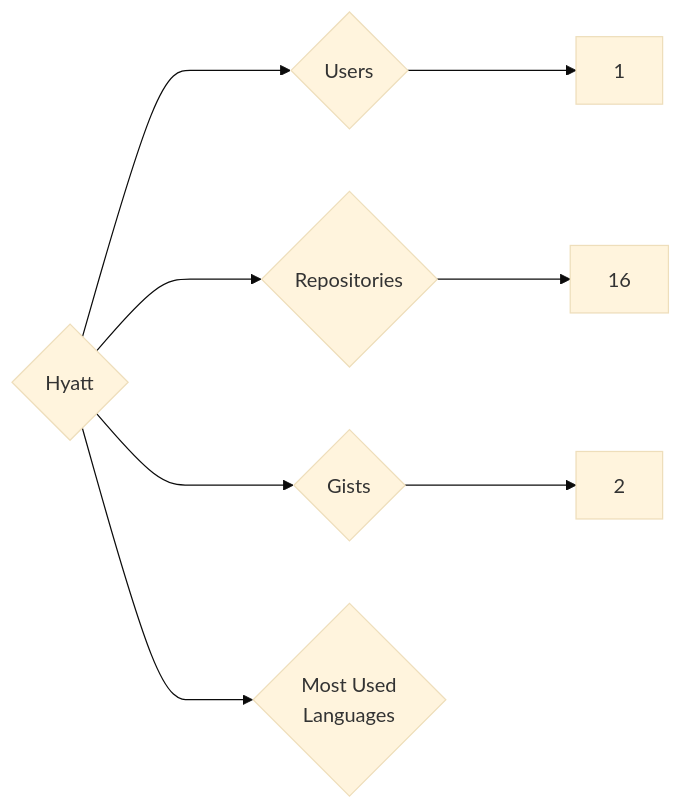
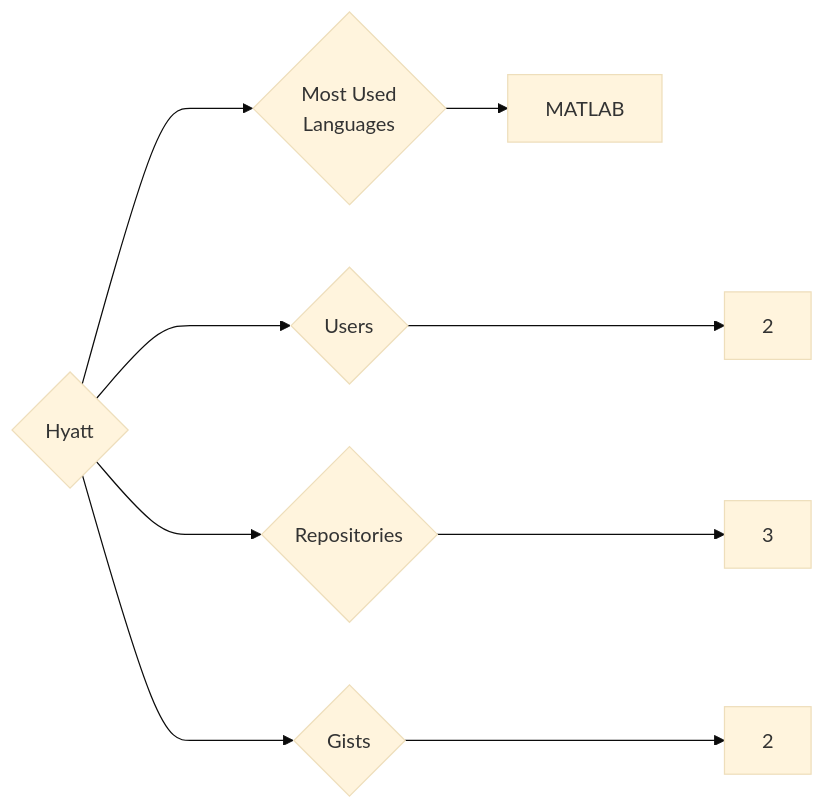
The diagram in targets/Hyatt/README.md (trickest/insiders), drawn with Mermaid (base theme) before and after one commit. The commit also changed 1036 other files, not shown here.

````diff
--- a/targets/Hyatt/README.md
+++ b/targets/Hyatt/README.md
@@ -3,8 +3,9 @@
 ```mermaid
 graph LR
 COMPANY_NAME{Hyatt}
-COMPANY_NAME ---> U{Users} ---> UN[1]
-COMPANY_NAME ---> R{Repositories} ---> RN[16]
+COMPANY_NAME ---> U{Users} ---> UN[2]
+COMPANY_NAME ---> R{Repositories} ---> RN[3]
 COMPANY_NAME ---> G{Gists} ---> GN[2]
 COMPANY_NAME ---> ML{Most Used<br>Languages}
+ML --> MATLAB[MATLAB]
 ```
````
